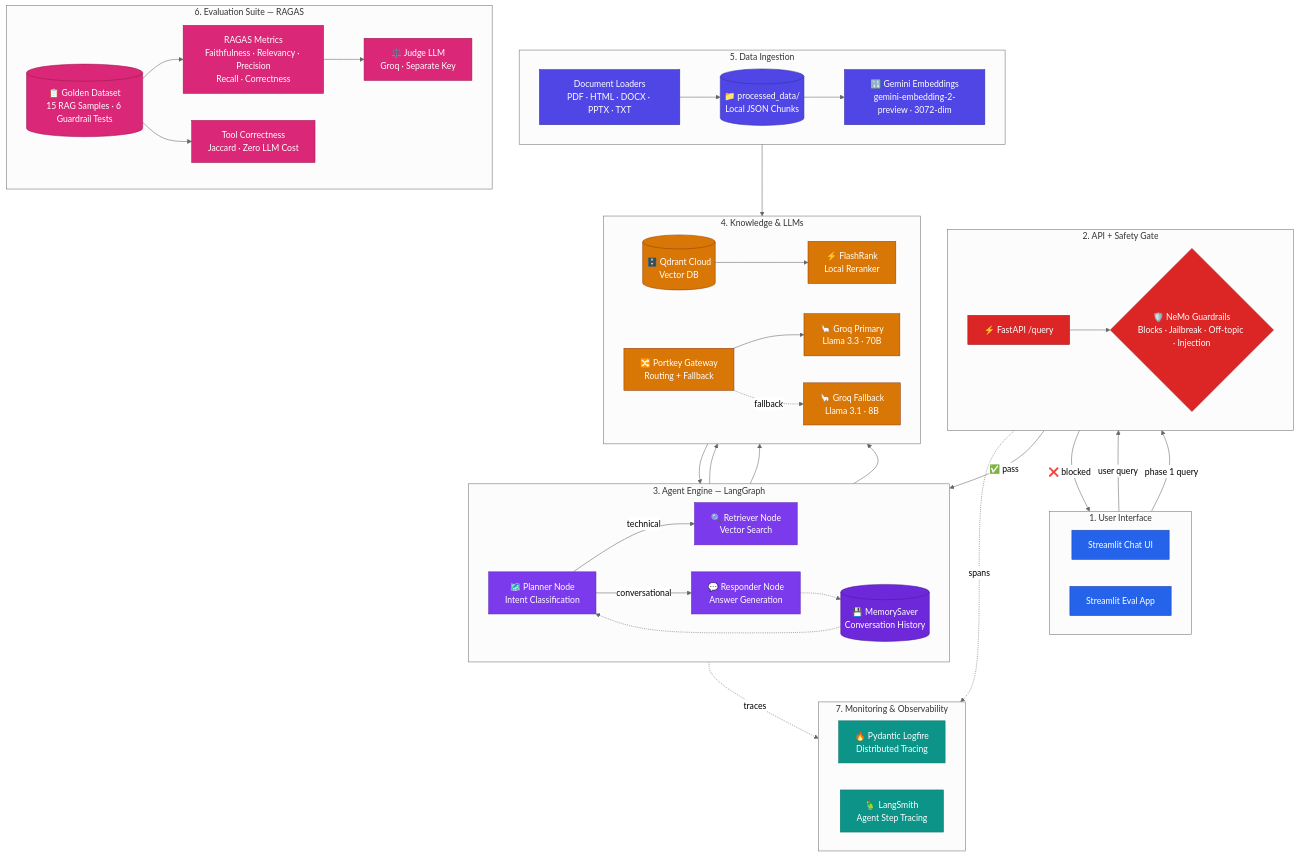
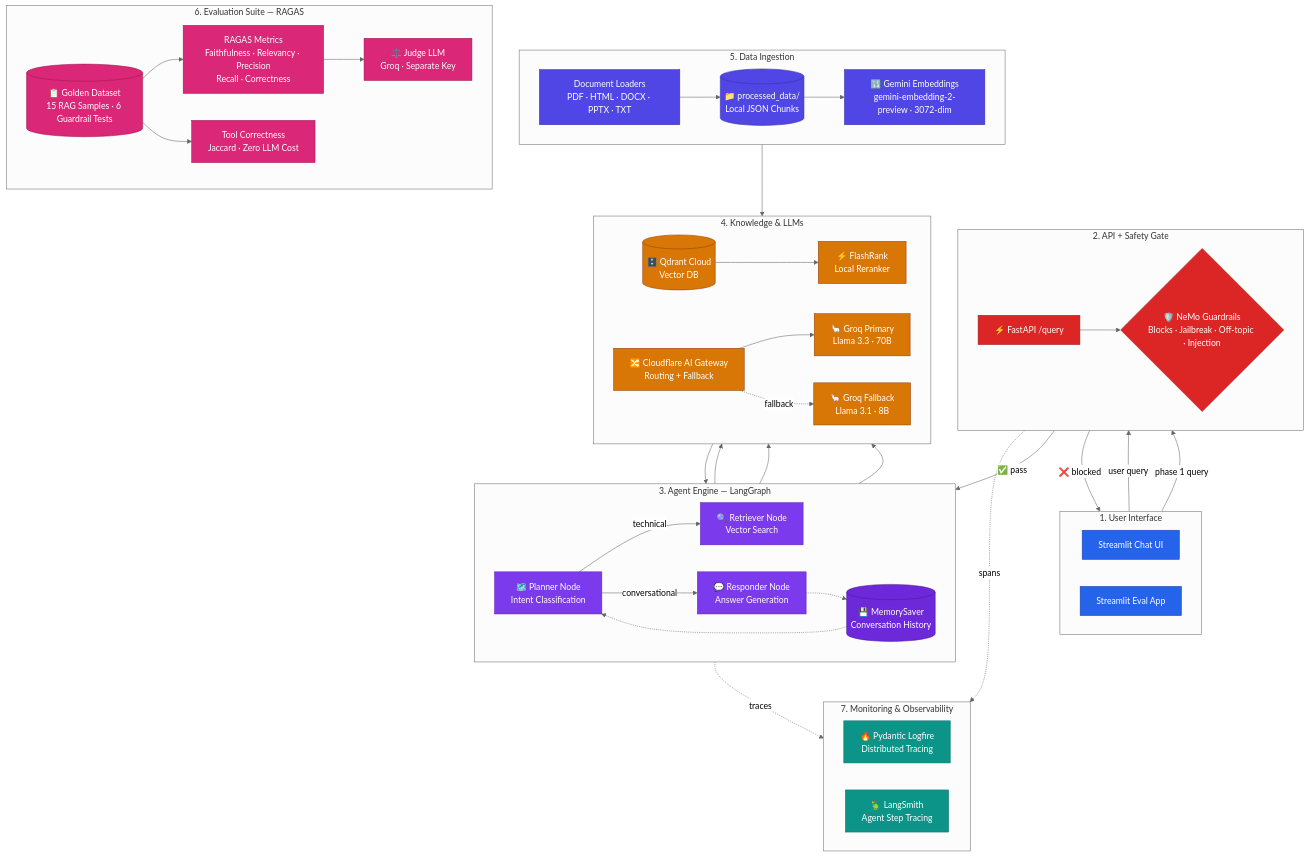
The second of 3 diagrams in ARCHITECTURE.md (Kanak10/developer_assistant), drawn with Mermaid (neutral theme) before and after one commit. The commit also changed other lines of this file and 14 other files, not shown here.

Commit message:
Refactor LLM Gateway to Cloudflare AI Gateway; update planner and responder to use new gateway; enhance configuration settings; implement guardrails; add Streamlit UI for interaction; remove Portkey dependencies.

```diff
--- a/ARCHITECTURE.md
+++ b/ARCHITECTURE.md
@@ -150,7 +150,7 @@
         direction LR
         QD[("🗄️ Qdrant Cloud\nVector DB")]
         FR["⚡ FlashRank\nLocal Reranker"]
-        PK["🔀 Portkey Gateway\nRouting + Fallback"]
+        PK["🔀 Cloudflare AI Gateway\nRouting + Fallback"]
         G1["🦙 Groq Primary\nLlama 3.3 · 70B"]
         G2["🦙 Groq Fallback\nLlama 3.1 · 8B"]
     end
```
